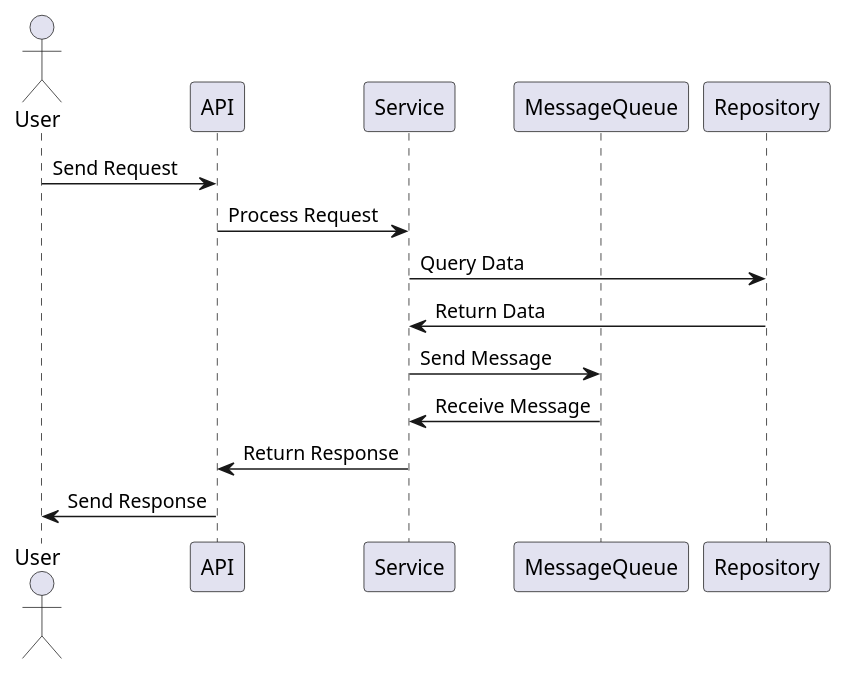
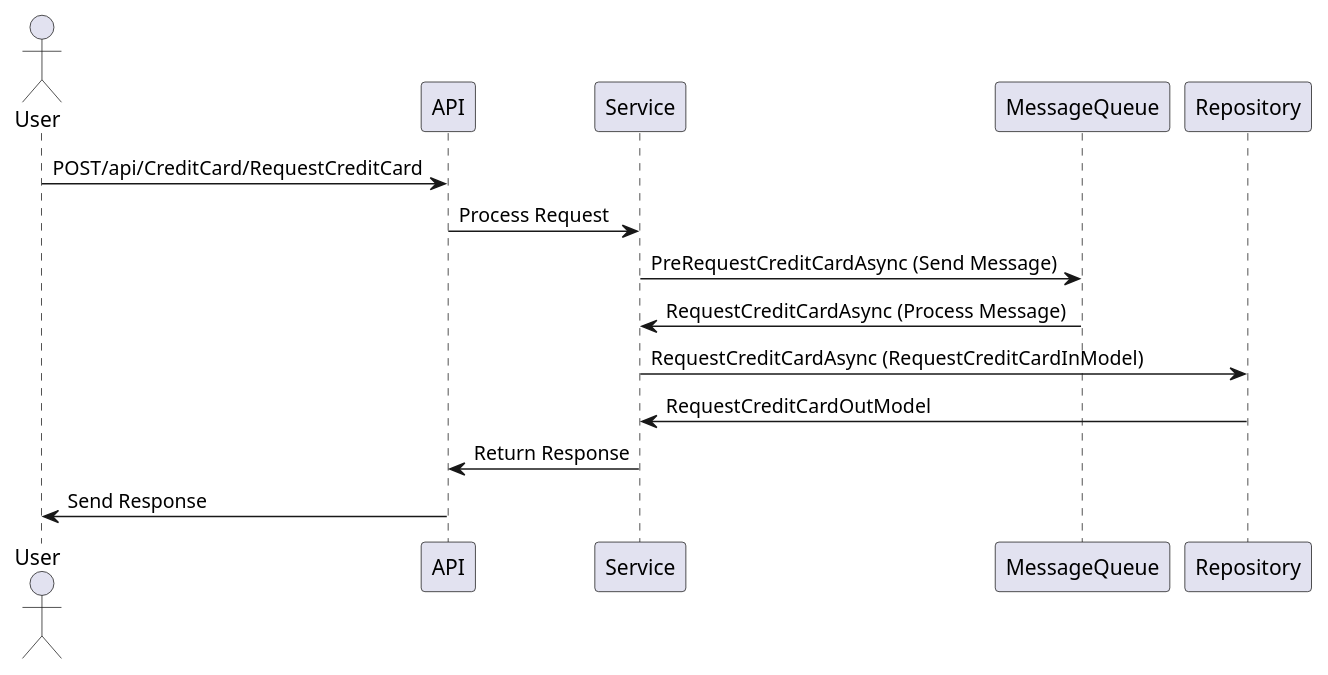
Before and after one commit to isaminuzzi/SistemaBancario: the diagram in CartaoCredito/CreditCardApi/Presentation/CreditCardDiagrama.puml, drawn with PlantUML. The commit also changed 53 other files, not shown here.

```diff
--- a/CartaoCredito/CreditCardApi/Presentation/CreditCardDiagrama.puml
+++ b/CartaoCredito/CreditCardApi/Presentation/CreditCardDiagrama.puml
@@ -1,16 +1,17 @@
 @startuml
 actor User
 participant "API" as Api
 participant "Service" as Service
 participant "MessageQueue" as RabbitMq
 participant "Repository" as Repository
 
-User -> Api: Send Request
+User -> Api: POST/api/CreditCard/RequestCreditCard
 Api -> Service: Process Request
-Service -> Repository: Query Data
-Repository -> Service: Return Data
-Service -> RabbitMq: Send Message
-RabbitMq -> Service: Receive Message
+Service -> RabbitMq: PreRequestCreditCardAsync (Send Message)
+RabbitMq -> Service: RequestCreditCardAsync (Process Message)
+
+Service -> Repository: RequestCreditCardAsync (RequestCreditCardInModel)
+Repository -> Service: RequestCreditCardOutModel
 Service -> Api: Return Response
 Api -> User: Send Response
 @enduml
```
